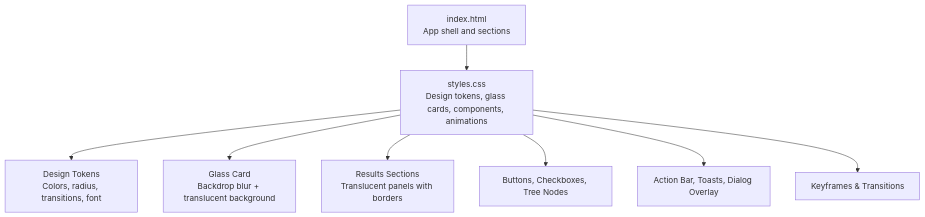
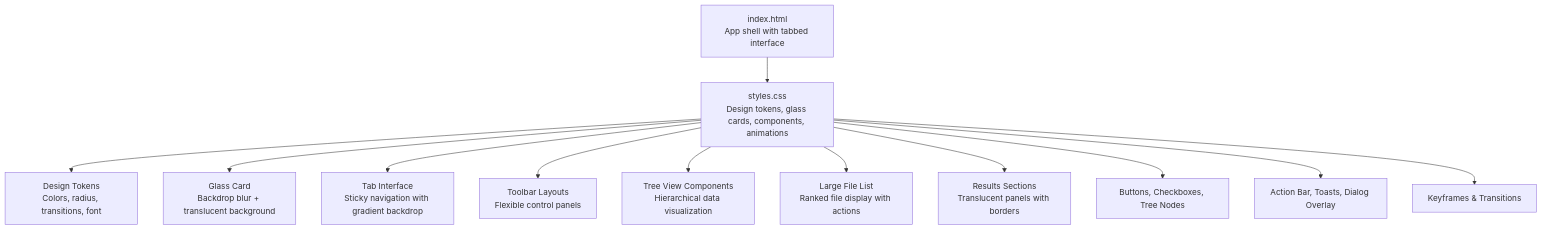
The first of 10 diagrams in .qoder/repowiki/en/content/Technical Implementation Details/Frontend Architecture (TypeScript)/Glassmorphism Styling & Visual Design.md (mrtruongleo/FreeSpaceMacos), drawn with Mermaid before and after one commit. The commit also changed other lines of this file and 31 other files, not shown here.

````diff
--- a/.qoder/repowiki/en/content/Technical Implementation Details/Frontend Architecture (TypeScript)/Glassmorphism Styling & Visual Design.md
+++ b/.qoder/repowiki/en/content/Technical Implementation Details/Frontend Architecture (TypeScript)/Glassmorphism Styling & Visual Design.md
@@ -35,10 +43,14 @@
 ```mermaid
 graph TB
-HTML["index.html<br/>App shell and sections"] --> CSS["styles.css<br/>Design tokens, glass cards, components, animations"]
+HTML["index.html<br/>App shell with tabbed interface"] --> CSS["styles.css<br/>Design tokens, glass cards, components, animations"]
 CSS --> Tokens["Design Tokens<br/>Colors, radius, transitions, font"]
 CSS --> Cards["Glass Card<br/>Backdrop blur + translucent background"]
+CSS --> Tabs["Tab Interface<br/>Sticky navigation with gradient backdrop"]
+CSS --> Toolbars["Toolbar Layouts<br/>Flexible control panels"]
+CSS --> TreeView["Tree View Components<br/>Hierarchical data visualization"]
+CSS --> FileList["Large File List<br/>Ranked file display with actions"]
 CSS --> Lists["Results Sections<br/>Translucent panels with borders"]
 CSS --> Controls["Buttons, Checkboxes, Tree Nodes"]
 CSS --> Overlays["Action Bar, Toasts, Dialog Overlay"]
 CSS --> Anim["Keyframes & Transitions"]
 ```
````
